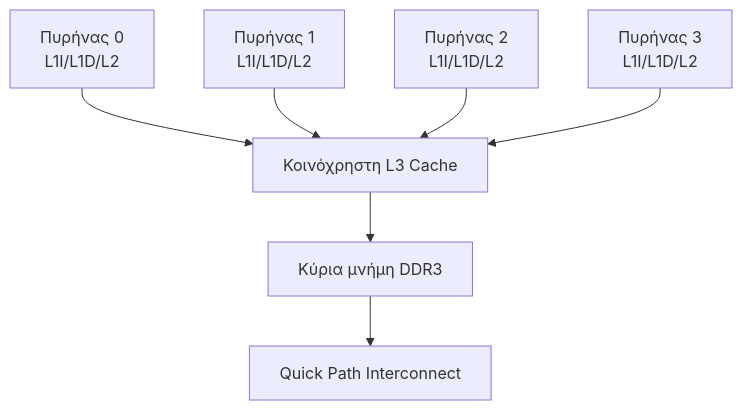
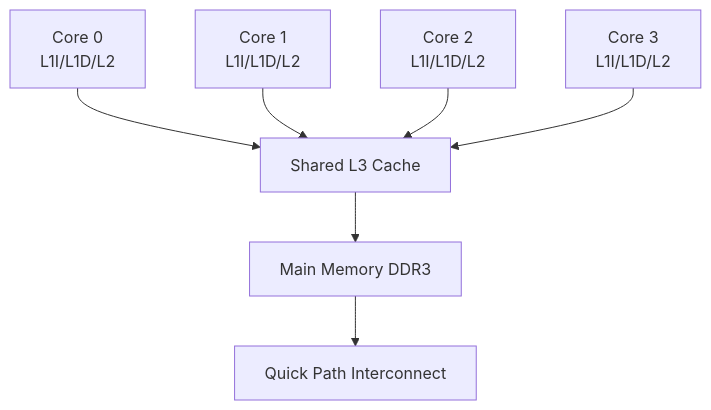
Before and after one commit to PanagopoulosNikolaos/DitOpenNotes: the tenth of 11 diagrams in Year_2/Semester_3/COMPUTER_ARCHITECTURE/Resources/Notes/Superscalar-Processors-Notes-9.md, drawn with Mermaid. The commit also changed other lines of this file and 50 other files, not shown here.

````diff
--- a/Year_2/Semester_3/COMPUTER_ARCHITECTURE/Resources/Notes/Superscalar-Processors-Notes-9.md
+++ b/Year_2/Semester_3/COMPUTER_ARCHITECTURE/Resources/Notes/Superscalar-Processors-Notes-9.md
@@ -552,19 +552,19 @@
 ```mermaid
 graph TB
-    CPU0[Πυρήνας 0<br/>L1I/L1D/L2] 
-    CPU1[Πυρήνας 1<br/>L1I/L1D/L2] 
-    CPU2[Πυρήνας 2<br/>L1I/L1D/L2] 
-    CPU3[Πυρήνας 3<br/>L1I/L1D/L2] 
+    CPU0[Core 0<br/>L1I/L1D/L2] 
+    CPU1[Core 1<br/>L1I/L1D/L2] 
+    CPU2[Core 2<br/>L1I/L1D/L2] 
+    CPU3[Core 3<br/>L1I/L1D/L2] 
 
-    L3[Κοινόχρηστη L3 Cache]
-    MEM[Κύρια μνήμη DDR3]
+    L3[Shared L3 Cache]
+    MEM[Main Memory DDR3]
     QPI[Quick Path Interconnect]
 
     CPU0 --> L3
     CPU1 --> L3
     CPU2 --> L3
     CPU3 --> L3
 
     L3 --> MEM
     MEM --> QPI
 ```
````
